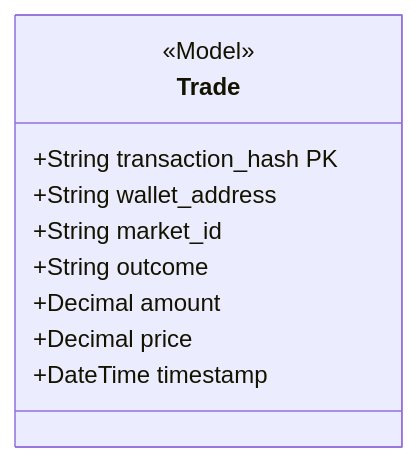
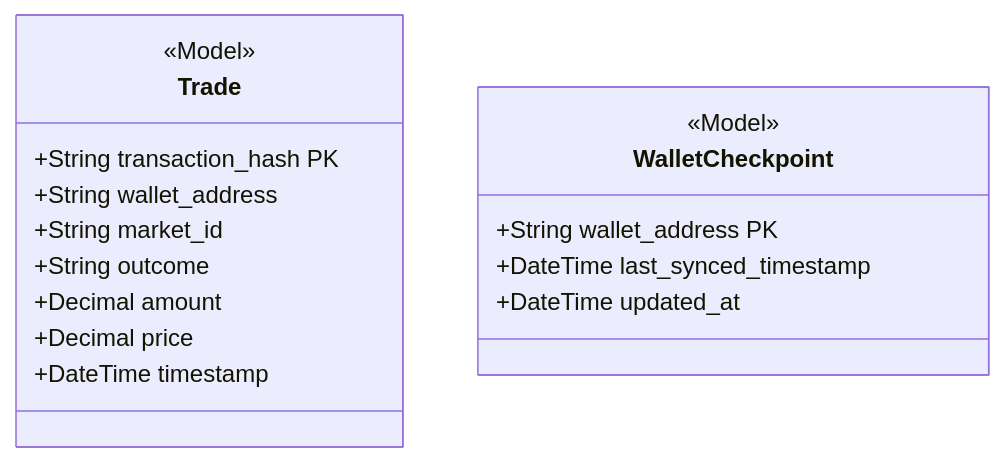
The second of 3 diagrams in docs/design/wallet-monitor-design-doc.md (PollyProphet/polymarket-copy-trading-bot), drawn with Mermaid before and after one commit. The commit also changed other lines of this file and 8 other files, not shown here.

````diff
--- a/docs/design/wallet-monitor-design-doc.md
+++ b/docs/design/wallet-monitor-design-doc.md
@@ -85,13 +94,20 @@
 ```mermaid
 classDiagram
     class Trade {
         <<Model>>
         +String transaction_hash PK
         +String wallet_address
         +String market_id
         +String outcome
         +Decimal amount
         +Decimal price
         +DateTime timestamp
     }
+
+    class WalletCheckpoint {
+        <<Model>>
+        +String wallet_address PK
+        +DateTime last_synced_timestamp
+        +DateTime updated_at
+    }
 ```
````
